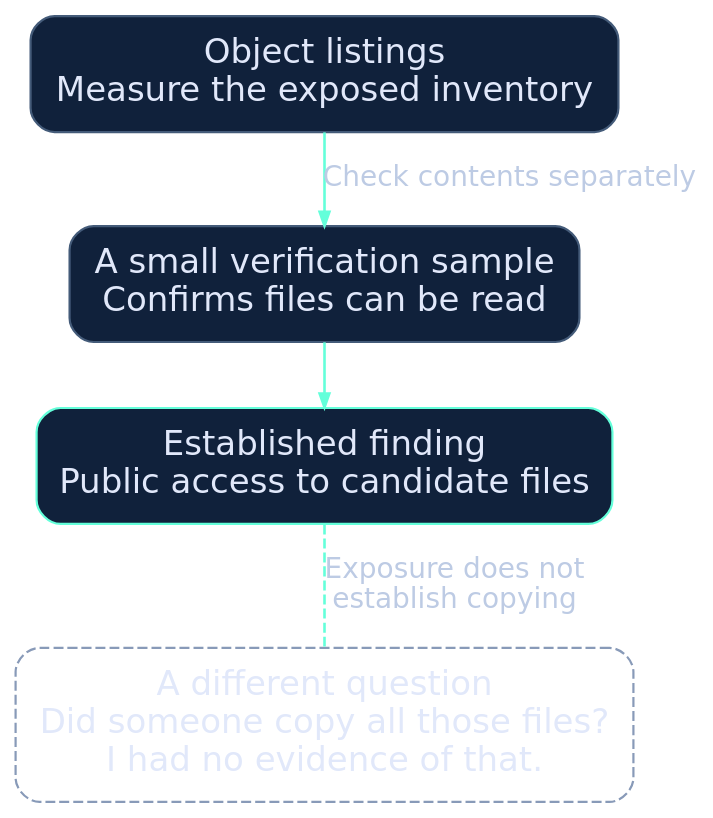
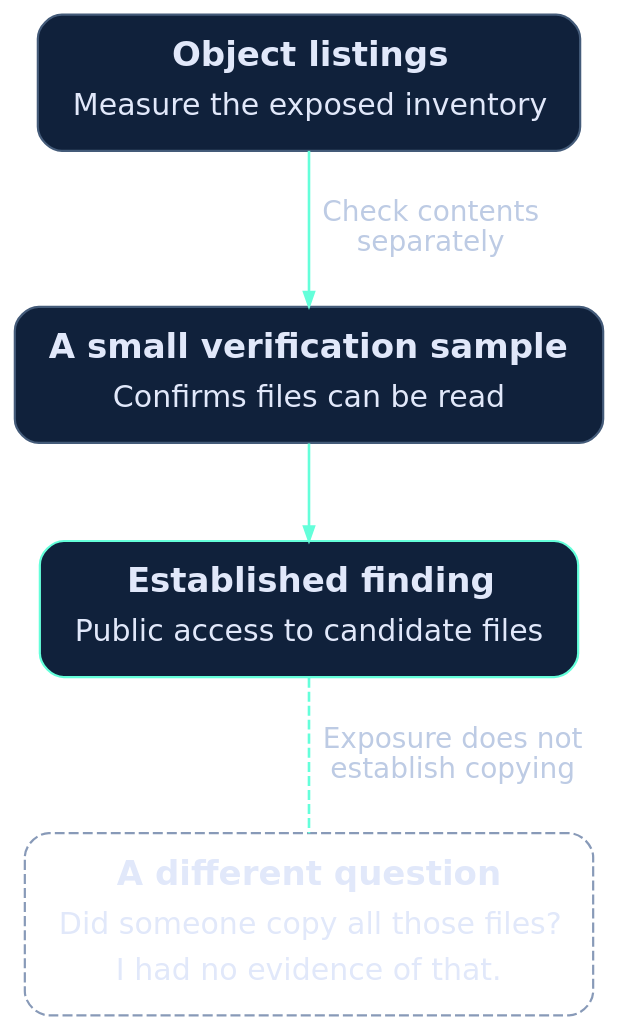
Before and after one commit to rylena/PortfolioWebsite: the diagram in assets/diagrams/source/jee-scope.dot, drawn with Graphviz. The commit also changed 35 other files, not shown here.

First line of the commit message:
Publish hospital security writeup and improve blog diagrams

```diff
--- a/assets/diagrams/source/jee-scope.dot
+++ b/assets/diagrams/source/jee-scope.dot
@@ -1,12 +1,12 @@
 digraph G {
-  graph [rankdir=TB, bgcolor="transparent", pad="0.15", nodesep="0.32", ranksep="0.45", splines=polyline];
-  node [shape=box, style="rounded,filled", fillcolor="#10213b", color="#445b79", fontcolor="#e1e8fa", fontname="DejaVu Sans", fontsize=17, margin="0.18,0.14", penwidth=1.1];
+  graph [rankdir=TB, bgcolor="transparent", pad="0.22", nodesep="0.55", ranksep="0.65", splines=polyline];
+  node [shape=box, style="rounded,filled", fillcolor="#10213b", color="#445b79", fontcolor="#e1e8fa", fontname="DejaVu Sans", fontsize=17, margin="0.20,0.14", penwidth=1.1];
   edge [color="#64ffda", fontcolor="#bdcbe4", fontname="DejaVu Sans", fontsize=14, arrowsize=0.7, penwidth=1.3];
-  inventory [label="Object listings\nMeasure the exposed inventory"];
-  sample [label="A small verification sample\nConfirms files can be read"];
-  finding [label="Established finding\nPublic access to candidate files", color="#64ffda"];
-  limit [label="A different question\nDid someone copy all those files?\nI had no evidence of that.", style="rounded,dashed", color="#889ab8"];
-  inventory -> sample [label="Check contents separately"];
+  inventory [label=<<TABLE BORDER="0" CELLBORDER="0" CELLSPACING="0" CELLPADDING="3"><TR><TD><B>Object listings</B></TD></TR><TR><TD><FONT POINT-SIZE="15">Measure the exposed inventory</FONT></TD></TR></TABLE>>];
+  sample [label=<<TABLE BORDER="0" CELLBORDER="0" CELLSPACING="0" CELLPADDING="3"><TR><TD><B>A small verification sample</B></TD></TR><TR><TD><FONT POINT-SIZE="15">Confirms files can be read</FONT></TD></TR></TABLE>>];
+  finding [label=<<TABLE BORDER="0" CELLBORDER="0" CELLSPACING="0" CELLPADDING="3"><TR><TD><B>Established finding</B></TD></TR><TR><TD><FONT POINT-SIZE="15">Public access to candidate files</FONT></TD></TR></TABLE>>, color="#64ffda"];
+  limit [label=<<TABLE BORDER="0" CELLBORDER="0" CELLSPACING="0" CELLPADDING="3"><TR><TD><B>A different question</B></TD></TR><TR><TD><FONT POINT-SIZE="15">Did someone copy all those files?</FONT></TD></TR><TR><TD><FONT POINT-SIZE="15">I had no evidence of that.</FONT></TD></TR></TABLE>>, style="rounded,dashed", color="#889ab8"];
+  inventory -> sample [label="  Check contents  \n  separately  "];
   sample -> finding;
-  finding -> limit [style=dashed, arrowhead=none, label="Exposure does not\nestablish copying"];
+  finding -> limit [style=dashed, arrowhead=none, label="  Exposure does not  \n  establish copying  "];
 }
```
